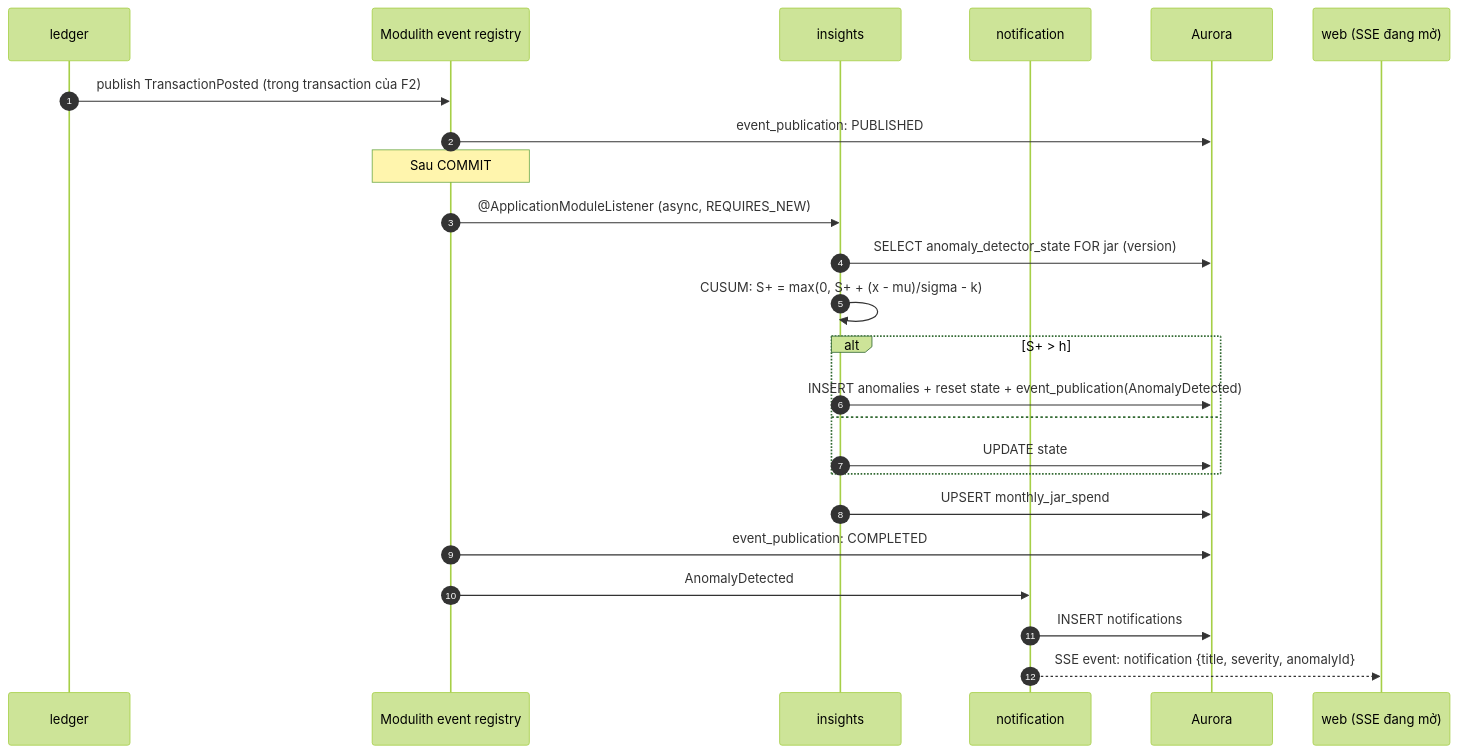
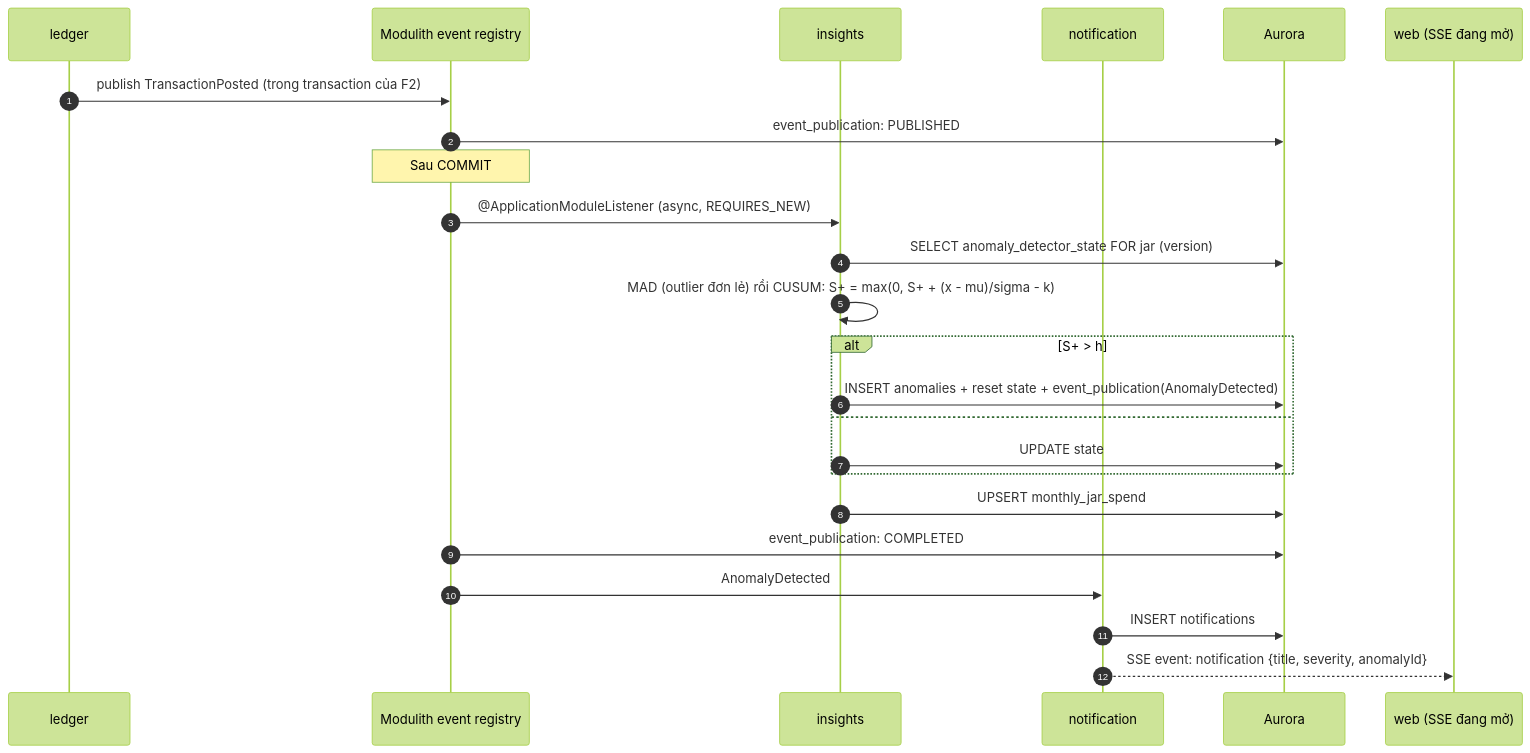
Before and after one commit to thphuc06/jar-platform: the third of 9 diagrams in docs/02-architecture/flows.md, drawn with Mermaid (forest theme). The commit also changed other lines of this file and 49 other files, not shown here.

````diff
--- a/docs/02-architecture/flows.md
+++ b/docs/02-architecture/flows.md
@@ -115,27 +115,27 @@
 ```mermaid
 sequenceDiagram
     autonumber
     participant L as ledger
     participant R as Modulith event registry
     participant I as insights
     participant N as notification
     participant DB as Aurora
     participant W as web (SSE đang mở)
 
     L->>R: publish TransactionPosted (trong transaction của F2)
     R->>DB: event_publication: PUBLISHED
     Note over R: Sau COMMIT
     R->>I: @ApplicationModuleListener (async, REQUIRES_NEW)
     I->>DB: SELECT anomaly_detector_state FOR jar (version)
-    I->>I: CUSUM: S+ = max(0, S+ + (x - mu)/sigma - k)
+    I->>I: MAD (outlier đơn lẻ) rồi CUSUM: S+ = max(0, S+ + (x - mu)/sigma - k)
     alt S+ > h
         I->>DB: INSERT anomalies + reset state + event_publication(AnomalyDetected)
     else
         I->>DB: UPDATE state
     end
     I->>DB: UPSERT monthly_jar_spend
     R->>DB: event_publication: COMPLETED
     R->>N: AnomalyDetected
     N->>DB: INSERT notifications
     N-->>W: SSE event: notification {title, severity, anomalyId}
 ```
````
